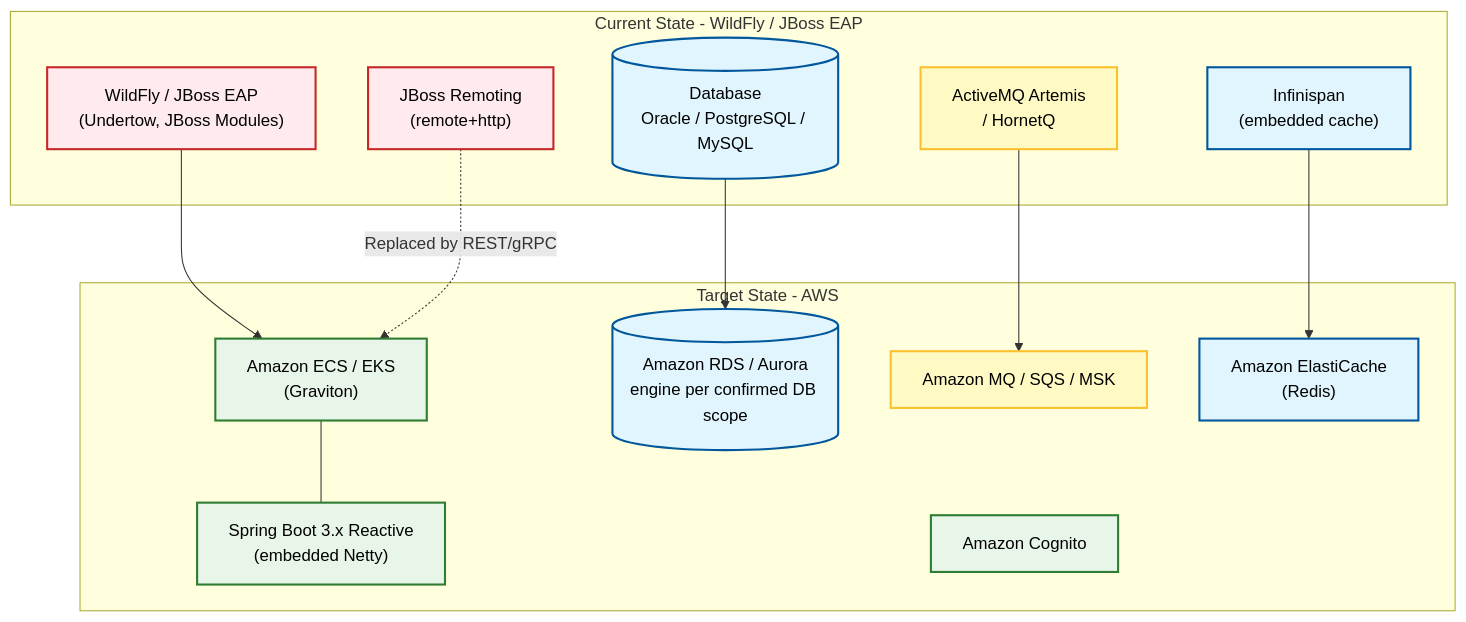
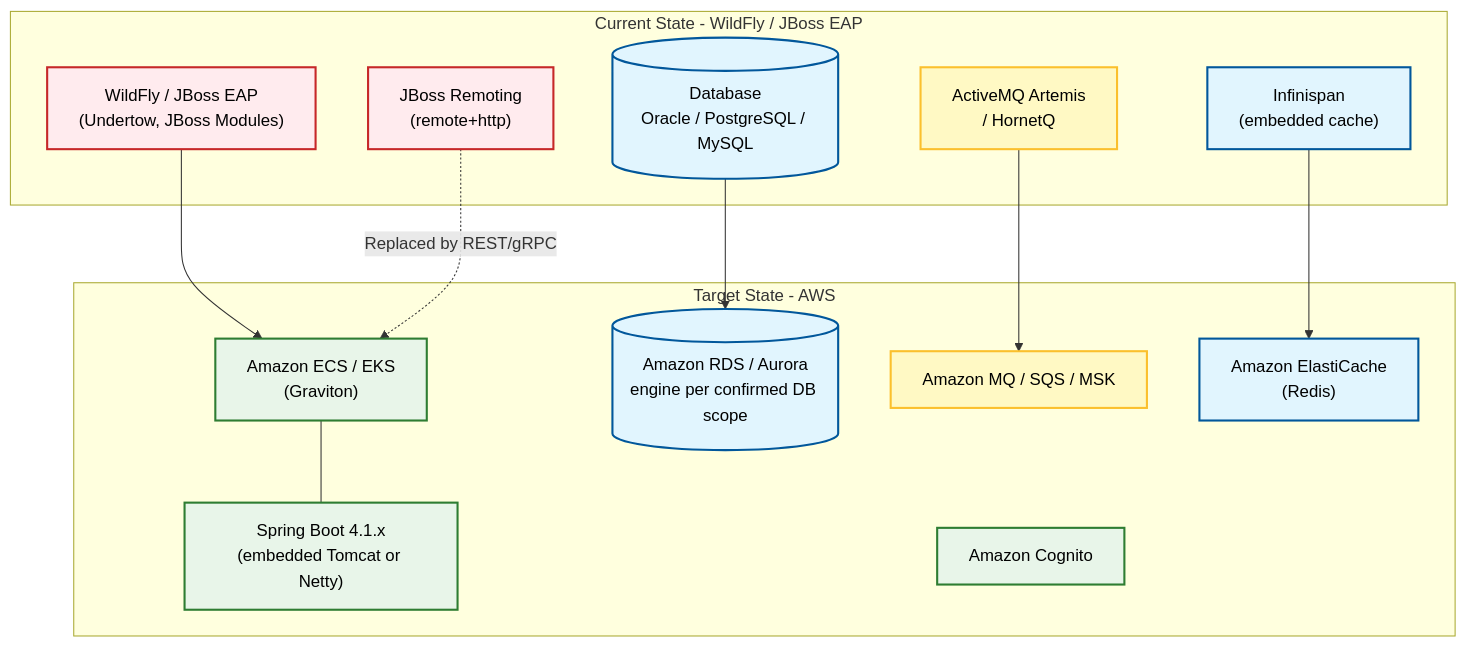
The second of 2 diagrams in steering/wildfly-to-springboot.md (davidcslau/enterprise-modernization-analyzer), drawn with Mermaid before and after one commit. The commit also changed other lines of this file and 7 other files, not shown here.

First line of the commit message:
feat: Java/J2EE depth for a Spring Boot 4.1 target

````diff
--- a/steering/wildfly-to-springboot.md
+++ b/steering/wildfly-to-springboot.md
@@ -622,36 +648,36 @@
 ```mermaid
 graph TB
     subgraph Current["Current State - WildFly / JBoss EAP"]
         WF["WildFly / JBoss EAP<br/>(Undertow, JBoss Modules)"]
         DB1[("Database<br/>Oracle / PostgreSQL / MySQL")]
         ART["ActiveMQ Artemis<br/>/ HornetQ"]
         INF["Infinispan<br/>(embedded cache)"]
         REM["JBoss Remoting<br/>(remote+http)"]
     end
 
     subgraph Target["Target State - AWS"]
         ECS["Amazon ECS / EKS<br/>(Graviton)"]
-        SB["Spring Boot 3.x Reactive<br/>(embedded Netty)"]
+        SB["Spring Boot 4.1.x<br/>(embedded Tomcat or Netty)"]
         RDS[("Amazon RDS / Aurora<br/>engine per confirmed DB scope")]
         MQ["Amazon MQ / SQS / MSK"]
         REDIS["Amazon ElastiCache<br/>(Redis)"]
         COG["Amazon Cognito"]
     end
 
     WF --> ECS
     ECS --- SB
     DB1 --> RDS
     ART --> MQ
     INF --> REDIS
     REM -.->|"Replaced by REST/gRPC"| ECS
 
     classDef legacy fill:#ffebee,stroke:#c62828,stroke-width:2px,color:#000;
     classDef modern fill:#e8f5e9,stroke:#2e7d32,stroke-width:2px,color:#000;
     classDef data fill:#e1f5fe,stroke:#01579b,stroke-width:2px,color:#000;
     classDef messaging fill:#fff9c4,stroke:#fbc02d,stroke-width:2px,color:#000;
 
     class WF,REM legacy;
     class ECS,SB,COG modern;
     class DB1,RDS,INF,REDIS data;
     class ART,MQ messaging;
 ```
````
